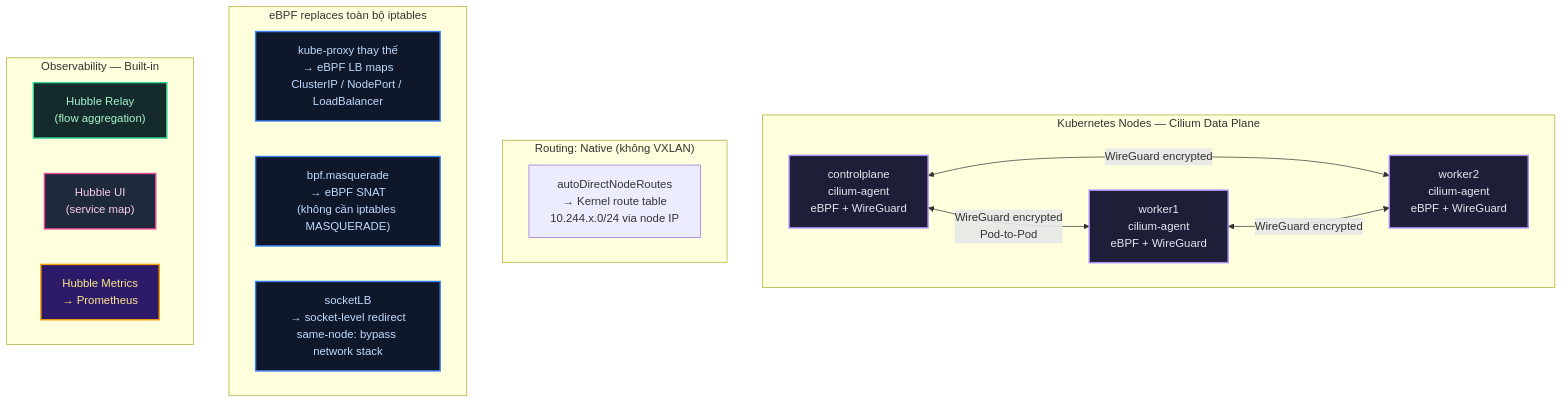
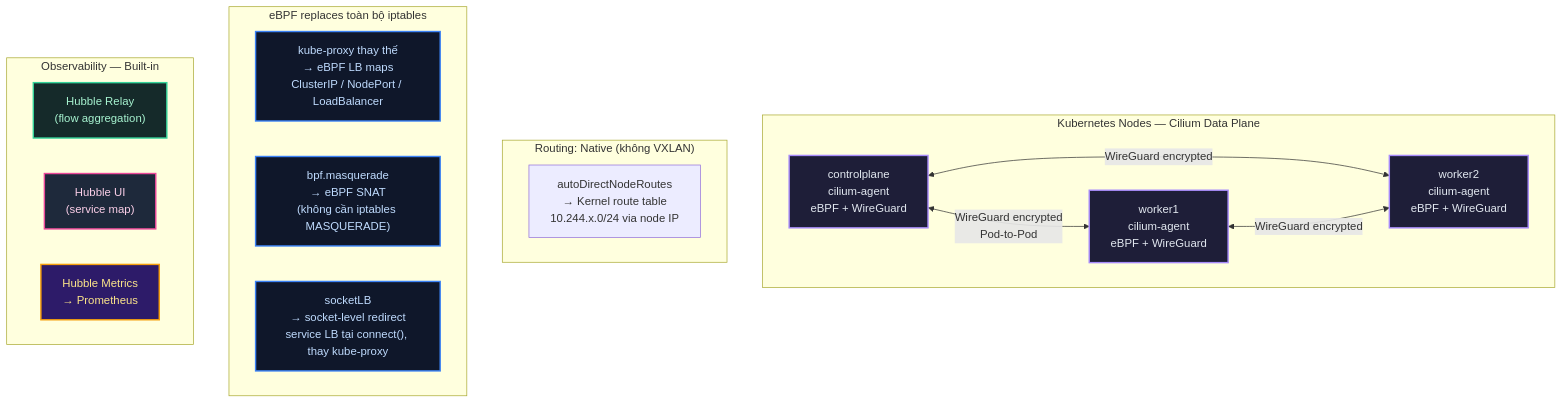
The diagram in kubernetes-networking/k8s-lab/tap-23-cilium-why/lab-guide.md (thangphan205/network-thuc-chien), drawn with Mermaid before and after one commit. The commit also changed other lines of this file and 22 other files, not shown here.

````diff
--- a/kubernetes-networking/k8s-lab/tap-23-cilium-why/lab-guide.md
+++ b/kubernetes-networking/k8s-lab/tap-23-cilium-why/lab-guide.md
@@ -11,38 +11,38 @@
 ```mermaid
 graph TD
   subgraph cilium_nodes ["Kubernetes Nodes — Cilium Data Plane"]
     direction LR
     CP["controlplane<br/>cilium-agent<br/>eBPF + WireGuard"]
     W1["worker1<br/>cilium-agent<br/>eBPF + WireGuard"]
     W2["worker2<br/>cilium-agent<br/>eBPF + WireGuard"]
     CP <-->|"WireGuard encrypted<br/>Pod-to-Pod"| W1
     CP <-->|"WireGuard encrypted"| W2
     W1 <-->|"WireGuard encrypted"| W2
   end
 
   subgraph routing ["Routing: Native (không VXLAN)"]
     R["autoDirectNodeRoutes<br/>→ Kernel route table<br/>10.244.x.0/24 via node IP"]
   end
 
   subgraph dataplane ["eBPF replaces toàn bộ iptables"]
     LB["kube-proxy thay thế<br/>→ eBPF LB maps<br/>ClusterIP / NodePort / LoadBalancer"]
     MASQ["bpf.masquerade<br/>→ eBPF SNAT<br/>(không cần iptables MASQUERADE)"]
-    SOCK["socketLB<br/>→ socket-level redirect<br/>same-node: bypass network stack"]
+    SOCK["socketLB<br/>→ socket-level redirect<br/>service LB tại connect(), thay kube-proxy"]
   end
 
   subgraph observability ["Observability — Built-in"]
     HR["Hubble Relay<br/>(flow aggregation)"]
     HU["Hubble UI<br/>(service map)"]
     PM["Hubble Metrics<br/>→ Prometheus"]
   end
 
   style CP fill:#1e1e38,stroke:#a78bfa,stroke-width:2px,color:#e2e8f0
   style W1 fill:#1e1e38,stroke:#a78bfa,stroke-width:2px,color:#e2e8f0
   style W2 fill:#1e1e38,stroke:#a78bfa,stroke-width:2px,color:#e2e8f0
   style LB fill:#0f172a,stroke:#3b82f6,stroke-width:2px,color:#bfdbfe
   style MASQ fill:#0f172a,stroke:#3b82f6,stroke-width:2px,color:#bfdbfe
   style SOCK fill:#0f172a,stroke:#3b82f6,stroke-width:2px,color:#bfdbfe
   style HR fill:#152a2a,stroke:#34d399,stroke-width:2px,color:#a7f3d0
   style HU fill:#1e293b,stroke:#ec4899,stroke-width:2px,color:#fbcfe8
   style PM fill:#2d1b69,stroke:#f59e0b,stroke-width:2px,color:#fde68a
 ```
````
